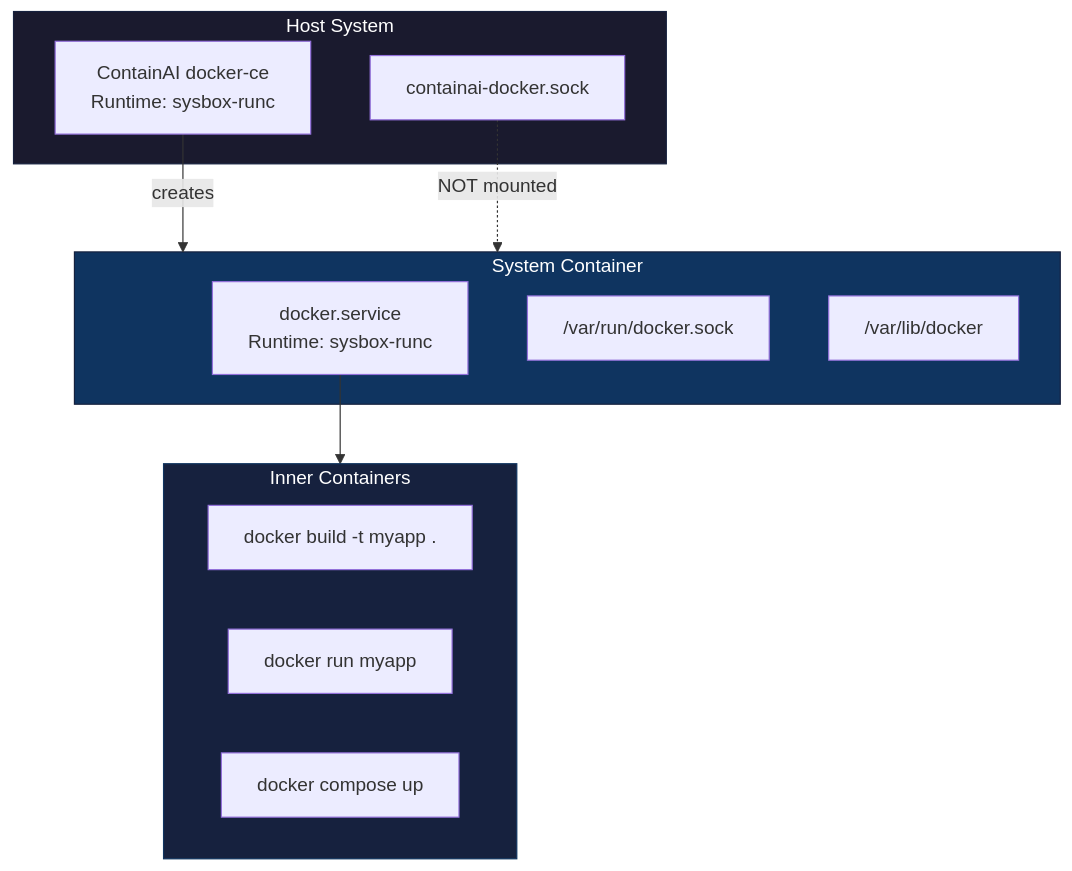
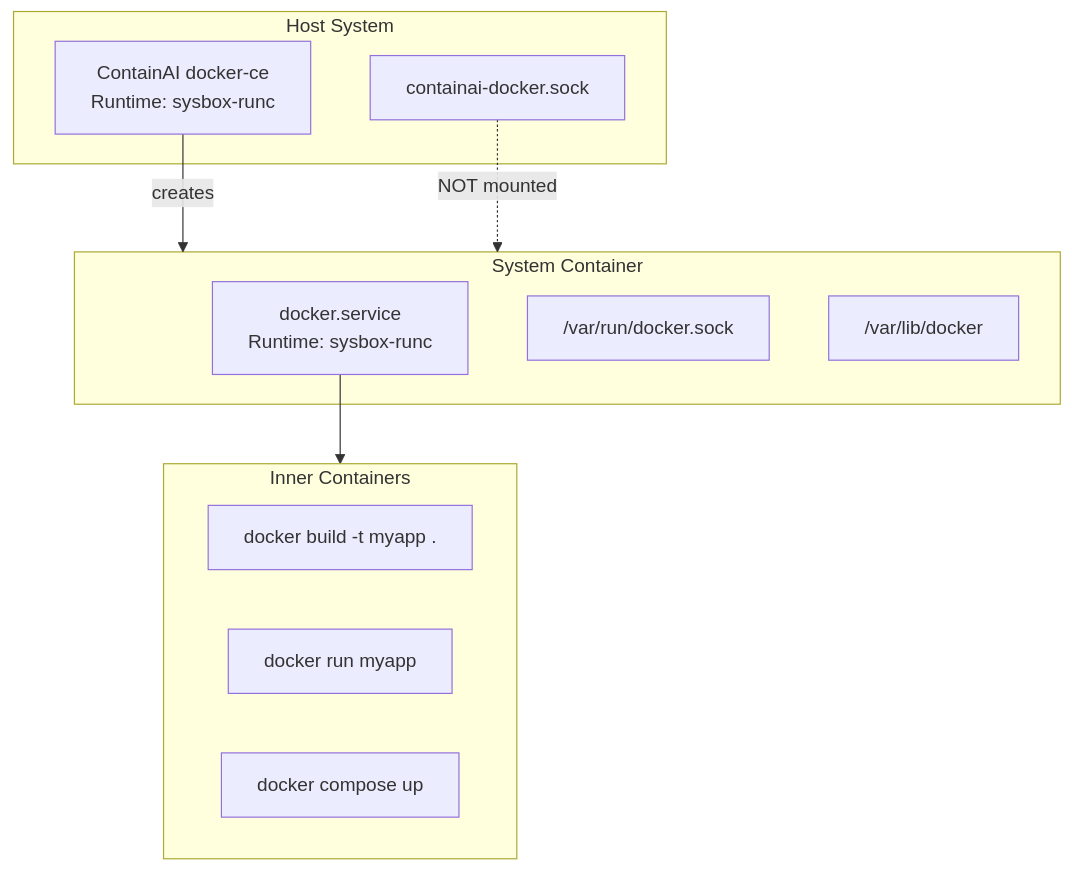
Before and after one commit to novotnyllc/ContainAI: the sixth of 11 diagrams in docs/architecture.md, drawn with Mermaid. The commit also changed other lines of this file and 14 other files, not shown here.

````diff
--- a/docs/architecture.md
+++ b/docs/architecture.md
@@ -333,27 +325,24 @@
 ```mermaid
 flowchart TB
     subgraph Host["Host System"]
         HostDocker["ContainAI docker-ce<br/>Runtime: sysbox-runc"]
         HostSocket["containai-docker.sock"]
     end
 
     subgraph SysContainer["System Container"]
         InnerDocker["docker.service<br/>Runtime: sysbox-runc"]
         InnerSocket["/var/run/docker.sock"]
         InnerStorage["/var/lib/docker"]
     end
 
     subgraph InnerContainers["Inner Containers"]
         Build["docker build -t myapp ."]
         Run["docker run myapp"]
         Compose["docker compose up"]
     end
 
     HostDocker -->|"creates"| SysContainer
     HostSocket -.->|"NOT mounted"| SysContainer
     InnerDocker --> InnerContainers
 
-    style Host fill:#1a1a2e,stroke:#16213e,color:#fff
-    style SysContainer fill:#0f3460,stroke:#16213e,color:#fff
-    style InnerContainers fill:#16213e,stroke:#0f3460,color:#fff
 ```
````
